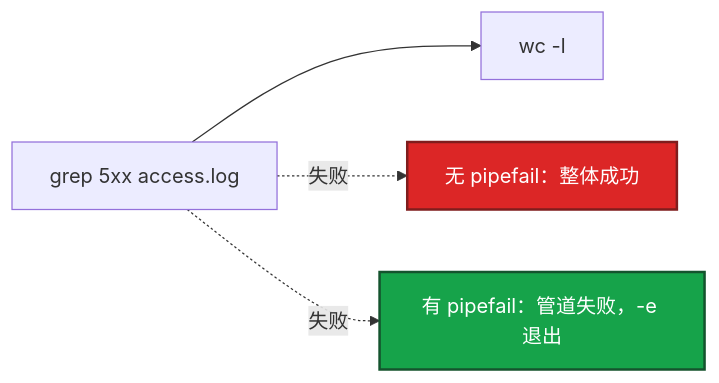
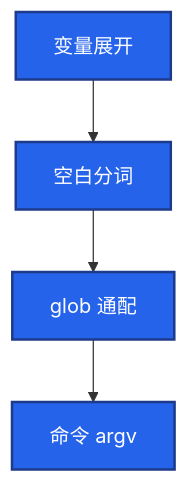
One commit to ml-cuizijun/LearnToLilith changed the second of 5 diagrams in 06-开发能力/01-Shell/知识点.md. Above: the diagram before and after it, drawn with Mermaid. The commit also changed other lines of this file and 213 other files, not shown here.

````diff
--- a/06-开发能力/01-Shell/知识点.md
+++ b/06-开发能力/01-Shell/知识点.md
@@ -258,11 +309,9 @@
 ```mermaid
-flowchart LR
-    G[grep 5xx access.log] --> W[wc -l]
-    G -.->|失败| X[无 pipefail：整体成功]
-    G -.->|失败| Y[有 pipefail：管道失败，-e 退出]
+flowchart TB
+    V[变量展开] --> W[空白分词]
+    W --> G[glob 通配]
+    G --> C[命令 argv]
 
-    classDef bad fill:#DC2626,stroke:#7F1D1D,stroke-width:2px,color:#fff
-    classDef ok fill:#16A34A,stroke:#14532D,stroke-width:2px,color:#fff
-    class X bad
-    class Y ok
+    classDef step fill:#2563EB,stroke:#1E3A8A,stroke-width:2px,color:#fff
+    class V,W,G,C step
 ```
````
